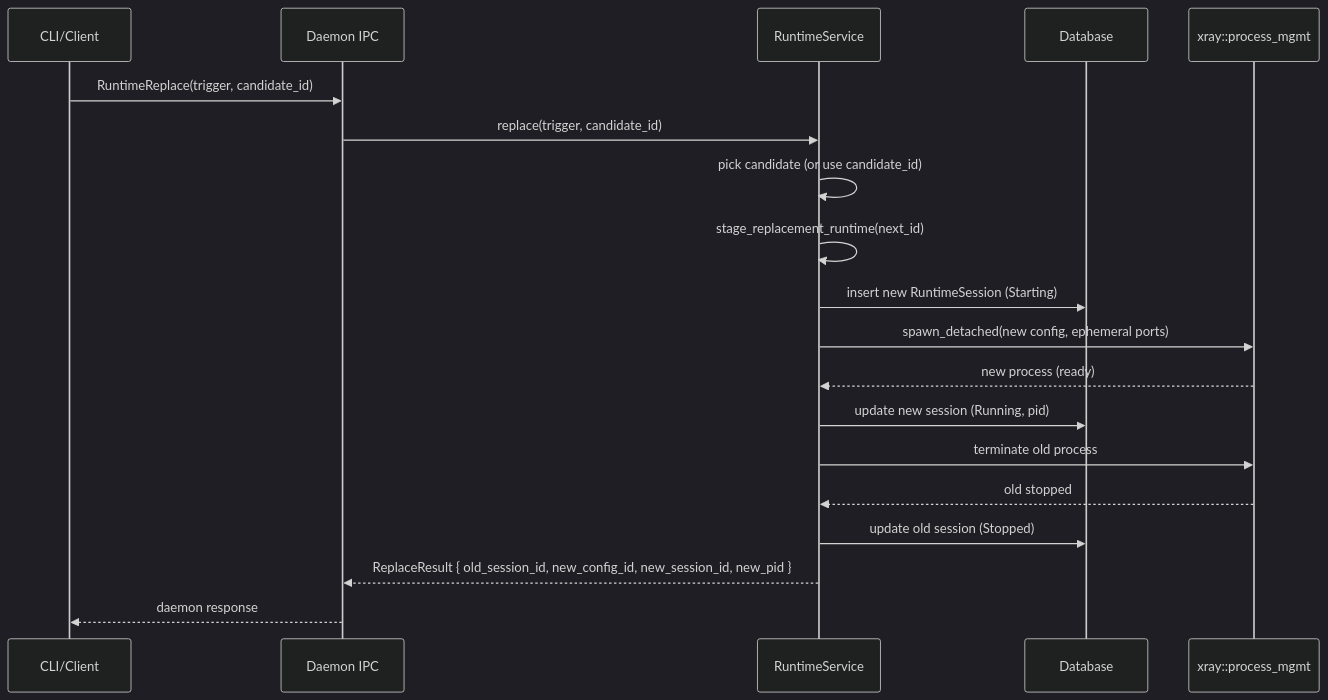
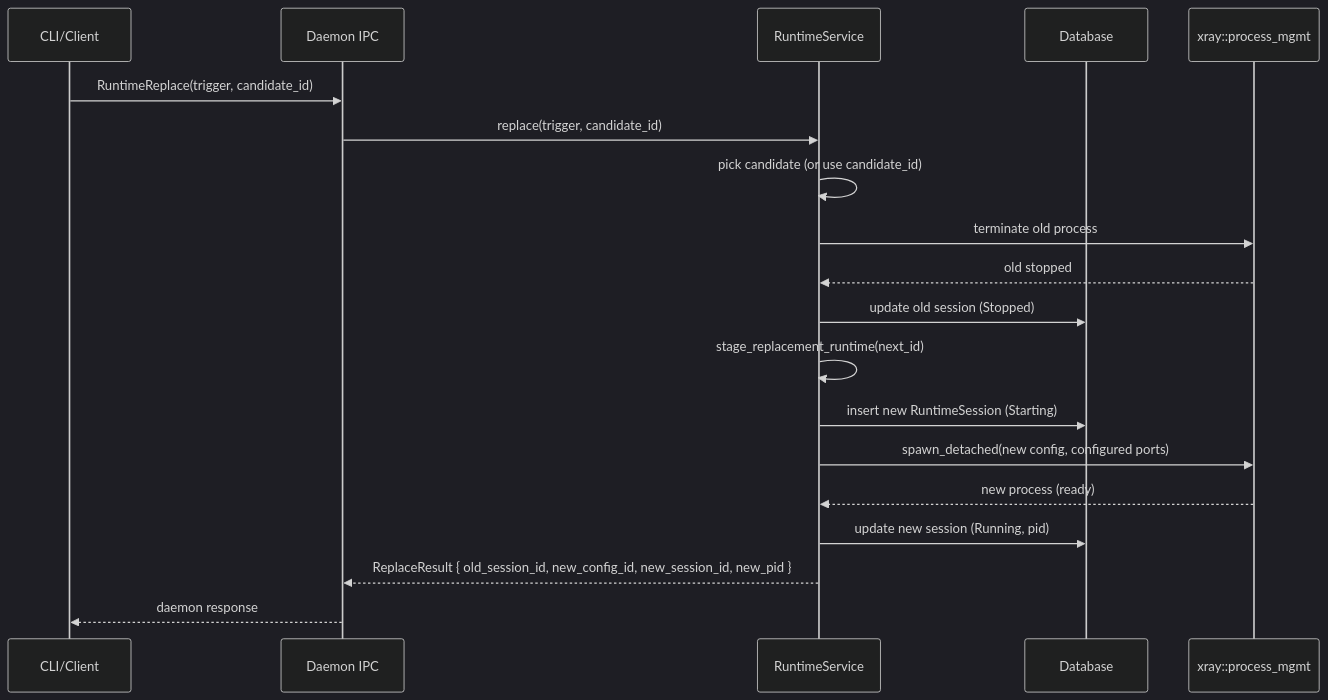
One commit to mhyrzt/xrat changed the third of 4 diagrams in docs/src/06-architecture/runtime-lifecycle.md. Above: the diagram before and after it, drawn with Mermaid (dark theme). The commit also changed other lines of this file and 6 other files, not shown here.

Commit message:
fix(runtime): preserve rotate ports

````diff
--- a/docs/src/06-architecture/runtime-lifecycle.md
+++ b/docs/src/06-architecture/runtime-lifecycle.md
@@ -136,22 +136,22 @@
 ```mermaid
 sequenceDiagram
     participant CLI as CLI/Client
     participant D as Daemon IPC
     participant RS as RuntimeService
     participant DB as Database
     participant XM as xray::process_mgmt
 
     CLI->>D: RuntimeReplace(trigger, candidate_id)
     D->>RS: replace(trigger, candidate_id)
     RS->>RS: pick candidate (or use candidate_id)
-    RS->>RS: stage_replacement_runtime(next_id)
-    RS->>DB: insert new RuntimeSession (Starting)
-    RS->>XM: spawn_detached(new config, ephemeral ports)
-    XM-->>RS: new process (ready)
-    RS->>DB: update new session (Running, pid)
     RS->>XM: terminate old process
     XM-->>RS: old stopped
     RS->>DB: update old session (Stopped)
+    RS->>RS: stage_replacement_runtime(next_id)
+    RS->>DB: insert new RuntimeSession (Starting)
+    RS->>XM: spawn_detached(new config, configured ports)
+    XM-->>RS: new process (ready)
+    RS->>DB: update new session (Running, pid)
     RS-->>D: ReplaceResult { old_session_id, new_config_id, new_session_id, new_pid }
     D-->>CLI: daemon response
 ```
````
